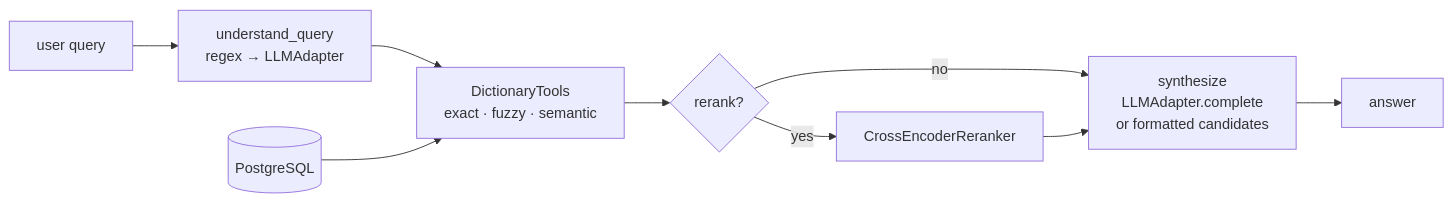
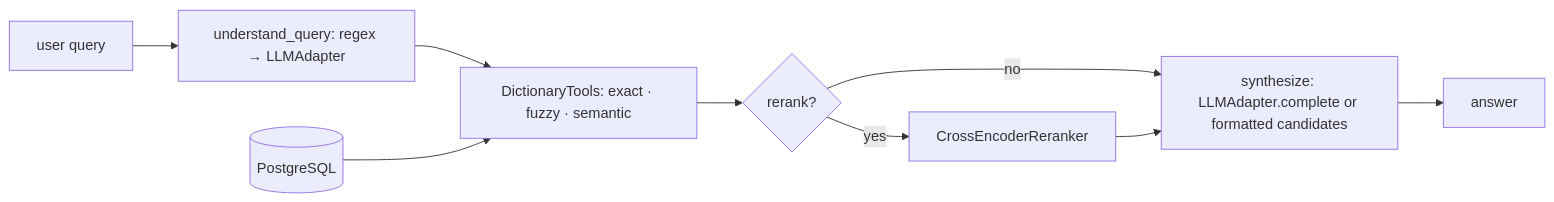
Before and after one commit to sachn1/linguaalayam: the second of 4 diagrams in docs/architecture.md, drawn with Mermaid. The commit also changed other lines of this file and 57 other files, not shown here.

````diff
--- a/docs/architecture.md
+++ b/docs/architecture.md
@@ -26,11 +26,11 @@
 ```mermaid
 flowchart LR
-    Q[user query] --> U[understand_query\nregex → LLMAdapter]
-    U --> DT[DictionaryTools\nexact · fuzzy · semantic]
+    Q[user query] --> U[understand_query: regex → LLMAdapter]
+    U --> DT[DictionaryTools: exact · fuzzy · semantic]
     DT --> R{rerank?}
     R -- yes --> RR[CrossEncoderReranker]
     R -- no --> S
-    RR --> S[synthesize\nLLMAdapter.complete\nor formatted candidates]
+    RR --> S[synthesize: LLMAdapter.complete or formatted candidates]
     DB[(PostgreSQL)] --> DT
     S --> A[answer]
 ```
````
